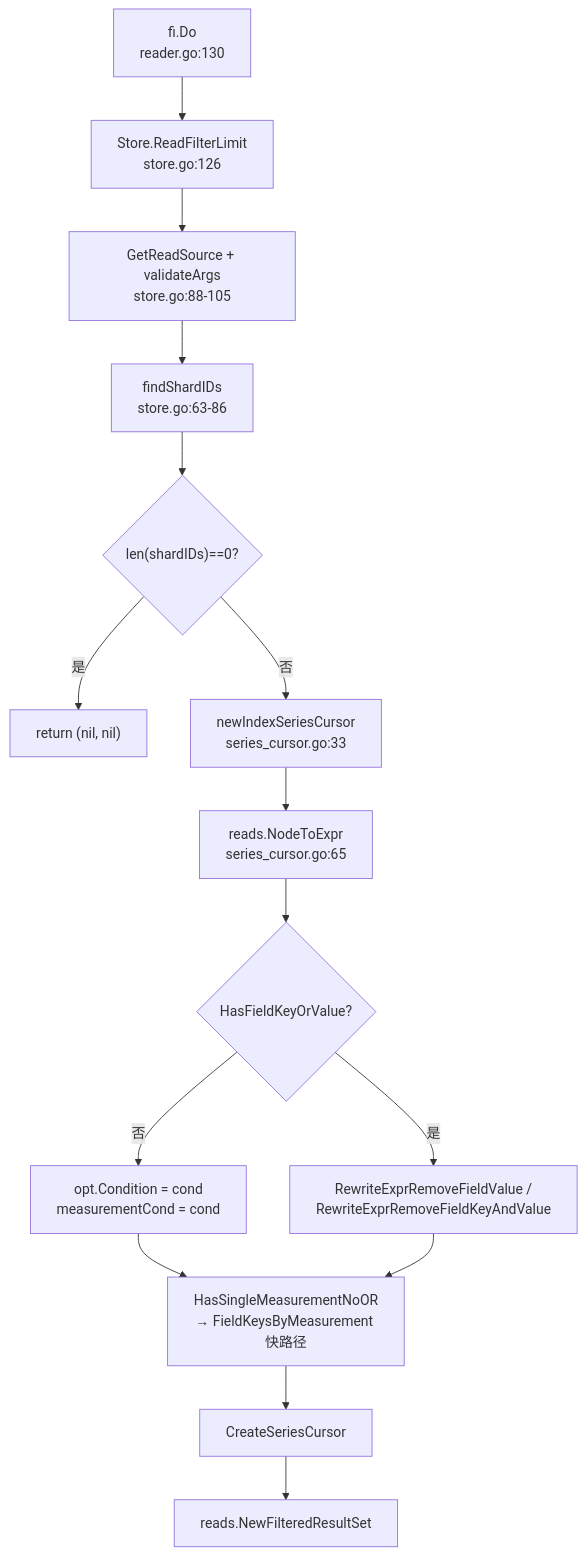
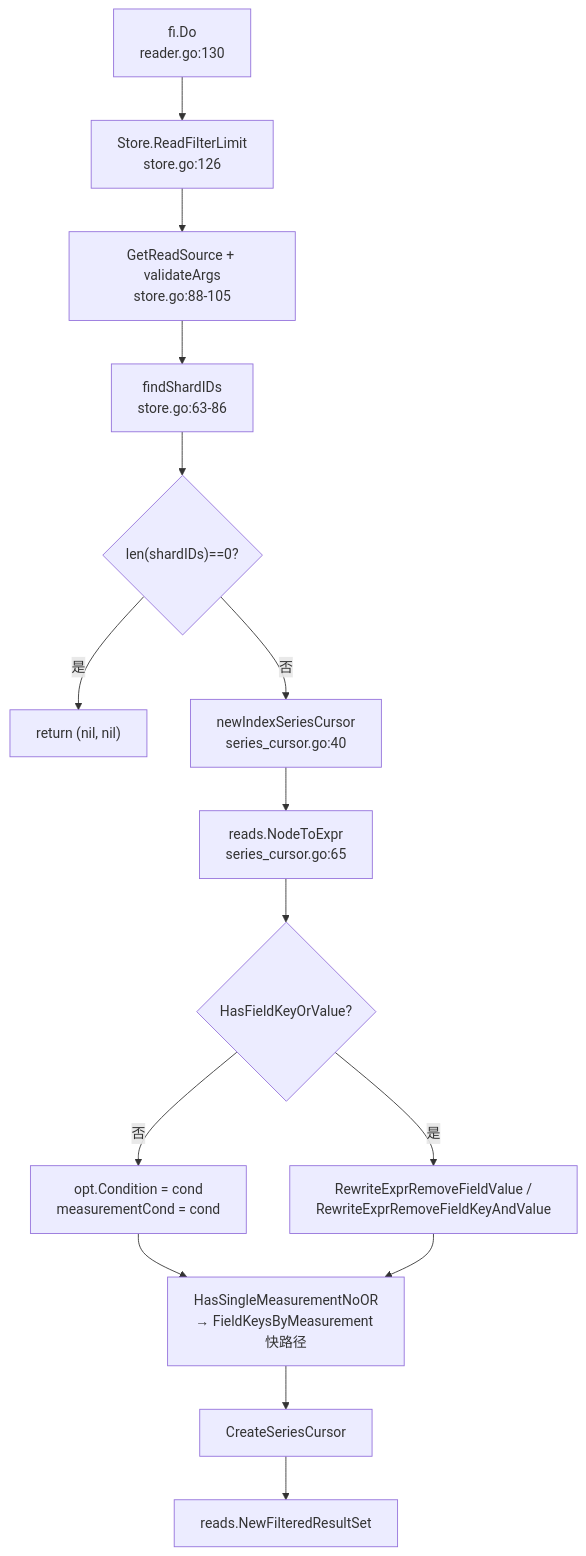
The third of 17 diagrams in docs/specs/09_storage_reads_spec.md (stefanv5/influxdb), drawn with Mermaid before and after one commit. The commit also changed 11 other files, not shown here.

First line of the commit message:
docs: complete D1-D6 diagram/module/case audit

````diff
--- a/docs/specs/09_storage_reads_spec.md
+++ b/docs/specs/09_storage_reads_spec.md
@@ -361,17 +361,17 @@
 ```mermaid
 flowchart TD
     A["fi.Do<br/>reader.go:130"] --> B["Store.ReadFilterLimit<br/>store.go:126"]
     B --> C["GetReadSource + validateArgs<br/>store.go:88-105"]
     C --> D["findShardIDs<br/>store.go:63-86"]
     D --> E{"len(shardIDs)==0?"}
     E -->|"是"| F["return (nil, nil)"]
-    E -->|"否"| G["newIndexSeriesCursor<br/>series_cursor.go:33"]
+    E -->|"否"| G["newIndexSeriesCursor<br/>series_cursor.go:40"]
     G --> H["reads.NodeToExpr<br/>series_cursor.go:65"]
     H --> I{"HasFieldKeyOrValue?"}
     I -->|"否"| J["opt.Condition = cond<br/>measurementCond = cond"]
     I -->|"是"| K["RewriteExprRemoveFieldValue /<br/>RewriteExprRemoveFieldKeyAndValue"]
     J --> L["HasSingleMeasurementNoOR<br/>→ FieldKeysByMeasurement 快路径"]
     K --> L
     L --> M["CreateSeriesCursor"]
     M --> N["reads.NewFilteredResultSet"]
 ```
````
